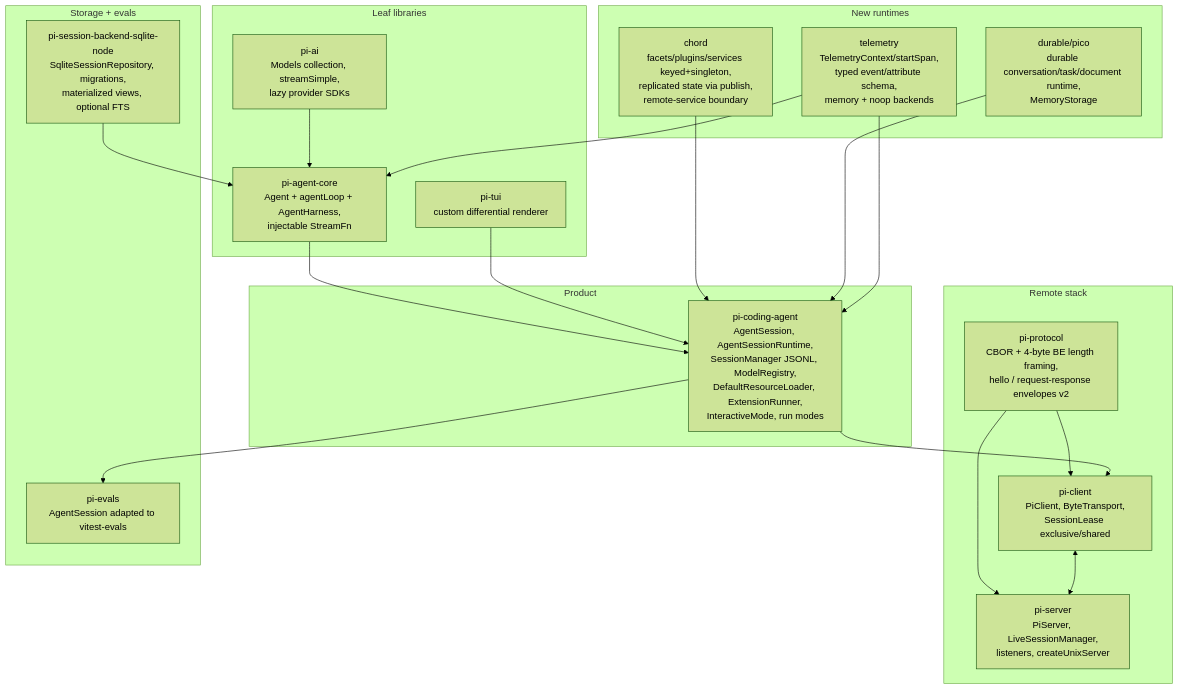
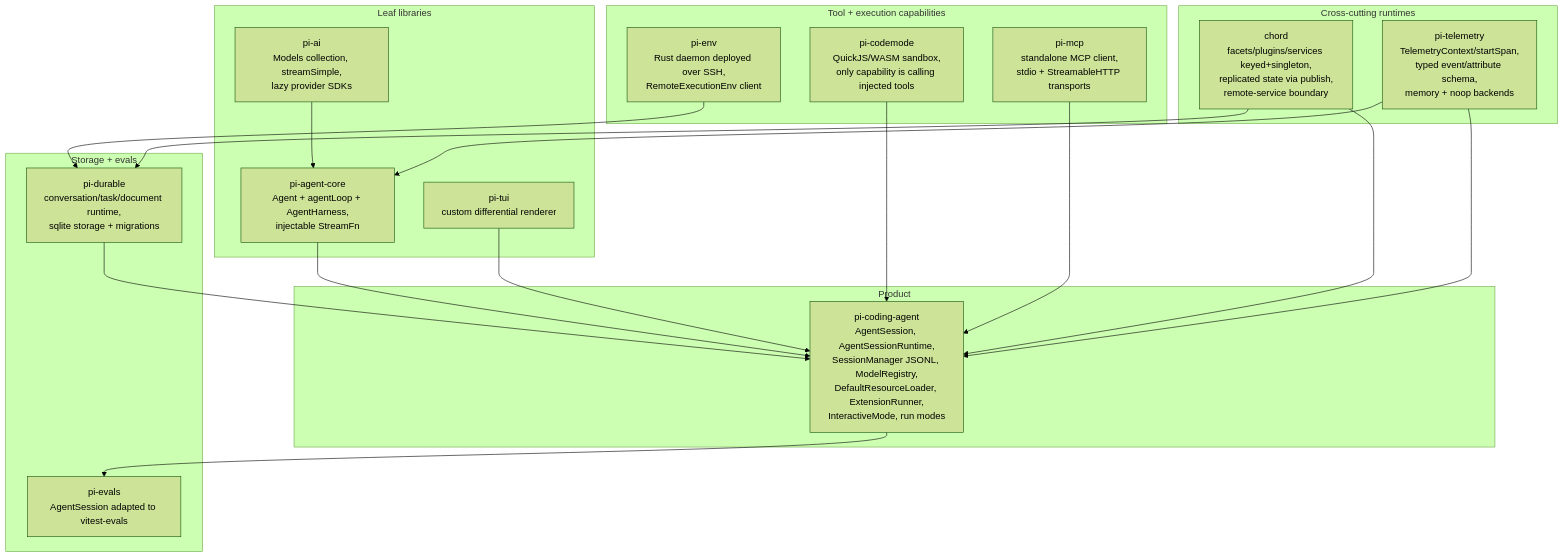
The first of 2 diagrams in earendil-works/pi/.sdlc/context/architecture.md (TomzxCode/sdlc), drawn with Mermaid (forest theme) before and after one commit. The commit also changed other lines of this file and 54 other files, not shown here.

````diff
--- a/earendil-works/pi/.sdlc/context/architecture.md
+++ b/earendil-works/pi/.sdlc/context/architecture.md
@@ -5,38 +5,36 @@
 ```mermaid
 flowchart TB
     subgraph leaves["Leaf libraries"]
         AI["pi-ai<br/>Models collection, streamSimple,<br/>lazy provider SDKs"]
         CORE["pi-agent-core<br/>Agent + agentLoop + AgentHarness,<br/>injectable StreamFn"]
         TUI["pi-tui<br/>custom differential renderer"]
     end
     subgraph product["Product"]
         CA["pi-coding-agent<br/>AgentSession, AgentSessionRuntime,<br/>SessionManager JSONL, ModelRegistry,<br/>DefaultResourceLoader, ExtensionRunner,<br/>InteractiveMode, run modes"]
     end
-    subgraph remote["Remote stack"]
-        PROTO["pi-protocol<br/>CBOR + 4-byte BE length framing,<br/>hello / request-response envelopes v2"]
-        CLIENT["pi-client<br/>PiClient, ByteTransport,<br/>SessionLease exclusive/shared"]
-        SERVER["pi-server<br/>PiServer, LiveSessionManager,<br/>listeners, createUnixServer"]
+    subgraph capabilities["Tool + execution capabilities"]
+        CODEMODE["pi-codemode<br/>QuickJS/WASM sandbox,<br/>only capability is calling injected tools"]
+        MCP["pi-mcp<br/>standalone MCP client,<br/>stdio + StreamableHTTP transports"]
+        ENV["pi-env<br/>Rust daemon deployed over SSH,<br/>RemoteExecutionEnv client"]
     end
     subgraph storage["Storage + evals"]
-        SQLITE["pi-session-backend-sqlite-node<br/>SqliteSessionRepository, migrations,<br/>materialized views, optional FTS"]
+        DURABLE["pi-durable<br/>conversation/task/document runtime,<br/>sqlite storage + migrations"]
         EVALS["pi-evals<br/>AgentSession adapted to vitest-evals"]
     end
-    subgraph runtime["New runtimes"]
+    subgraph runtime["Cross-cutting runtimes"]
         CHORD["chord<br/>facets/plugins/services keyed+singleton,<br/>replicated state via publish,<br/>remote-service boundary"]
-        DURABLE["durable/pico<br/>durable conversation/task/document runtime,<br/>MemoryStorage"]
-        TELEM["telemetry<br/>TelemetryContext/startSpan,<br/>typed event/attribute schema,<br/>memory + noop backends"]
+        TELEM["pi-telemetry<br/>TelemetryContext/startSpan,<br/>typed event/attribute schema,<br/>memory + noop backends"]
     end
     AI --> CORE
     CORE --> CA
     TUI --> CA
-    PROTO --> CLIENT
-    PROTO --> SERVER
-    CLIENT <--> SERVER
-    CA --> CLIENT
-    SQLITE --> CORE
+    CODEMODE --> CA
+    MCP --> CA
+    ENV --> DURABLE
+    DURABLE --> CA
     CA --> EVALS
     CHORD --> CA
-    DURABLE --> CA
+    CHORD --> DURABLE
     TELEM --> CA
     TELEM --> CORE
 ```
````
